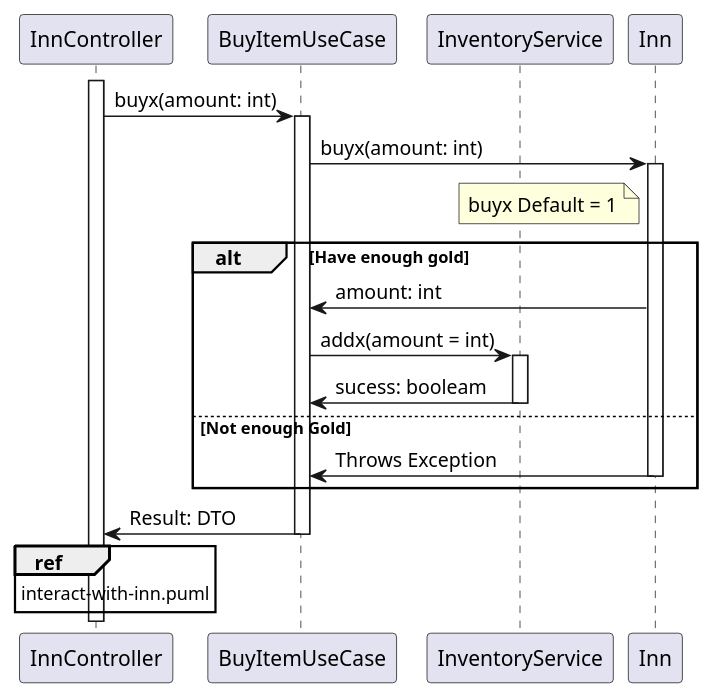
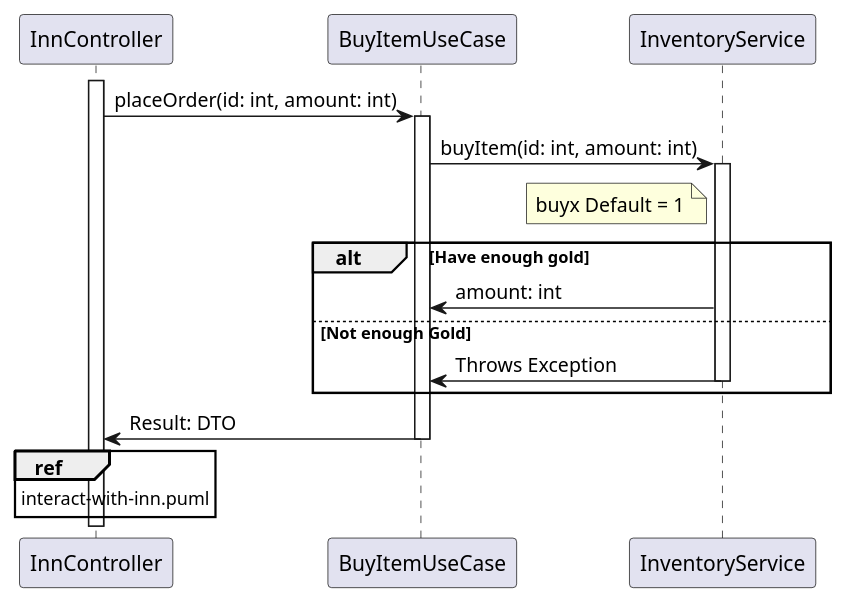
The diagram in rpg-legends/docs/uml/services/campaign-progression/sequence/Buyx.puml (JosefG50/2203-Legends-of-Sword-and-Wand), drawn with PlantUML before and after one commit. The commit also changed 2 other files, not shown here.

Commit message:
[feat] intial creation of class uml

```diff
--- a/rpg-legends/docs/uml/services/campaign-progression/sequence/Buyx.puml
+++ b/rpg-legends/docs/uml/services/campaign-progression/sequence/Buyx.puml
@@ -1,34 +1,30 @@
 @startuml name 
 participant InnController
 participant BuyItemUseCase
 participant InventoryService
-participant Inn
 
 activate InnController
-InnController -> BuyItemUseCase: buyx(amount: int)
+InnController -> BuyItemUseCase: placeOrder(id: int, amount: int)
 activate BuyItemUseCase 
-BuyItemUseCase -> Inn: buyx(amount: int)
-note left of Inn
+BuyItemUseCase -> InventoryService: buyItem(id: int, amount: int)
+note left of InventoryService
 buyx Default = 1
 end note
-activate Inn
+activate InventoryService
 
 alt Have enough gold
-Inn -> BuyItemUseCase: amount: int
+InventoryService -> BuyItemUseCase: amount: int
 ' add to InventoryService
-BuyItemUseCase -> InventoryService: addx(amount = int)
-activate InventoryService
-InventoryService -> BuyItemUseCase: sucess: booleam
+
+else Not enough Gold
+InventoryService -> BuyItemUseCase: Throws Exception
 deactivate InventoryService
-else Not enough Gold
-Inn -> BuyItemUseCase: Throws Exception
-deactivate Inn
 end
 
 BuyItemUseCase -> InnController: Result: DTO
 deactivate BuyItemUseCase
 
 ref over InnController: interact-with-inn.puml
 
 
 @enduml
```
